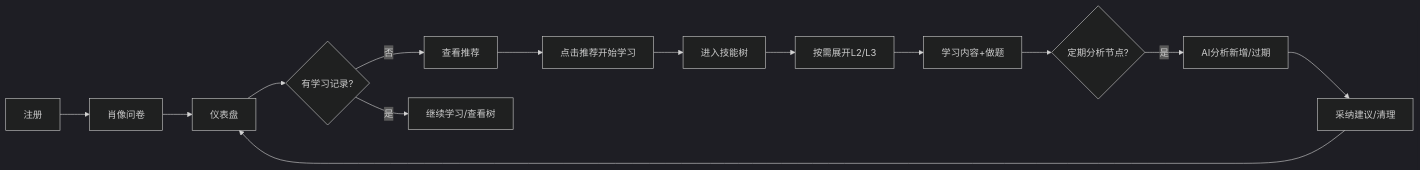
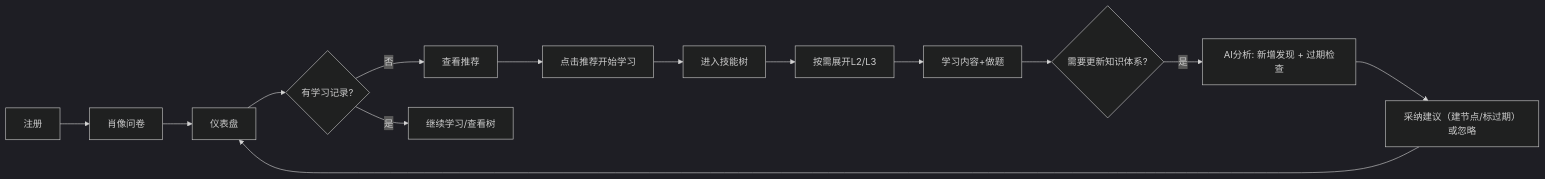
The sixth of 7 diagrams in docs/系统架构设计.md (SatomiKazeHiro/cogin-tree), drawn with Mermaid (dark theme) before and after one commit. The commit also changed other lines of this file and 2 other files, not shown here.

````diff
--- a/docs/系统架构设计.md
+++ b/docs/系统架构设计.md
@@ -585,16 +611,16 @@
 ```mermaid
 flowchart LR
     A[注册] --> B[肖像问卷]
     B --> C[仪表盘]
     C --> D{有学习记录?}
     D -- 否 --> E[查看推荐]
     D -- 是 --> F[继续学习/查看树]
     E --> G[点击推荐开始学习]
     G --> H[进入技能树]
     H --> I[按需展开L2/L3]
     I --> J[学习内容+做题]
-    J --> K{定期分析节点?}
-    K -- 是 --> L[AI分析新增/过期]
-    L --> M[采纳建议/清理]
+    J --> K{需要更新知识体系?}
+    K -- 是 --> L[AI分析: 新增发现 + 过期检查]
+    L --> M[采纳建议（建节点/标过期）或忽略]
     M --> C
 ```
````
